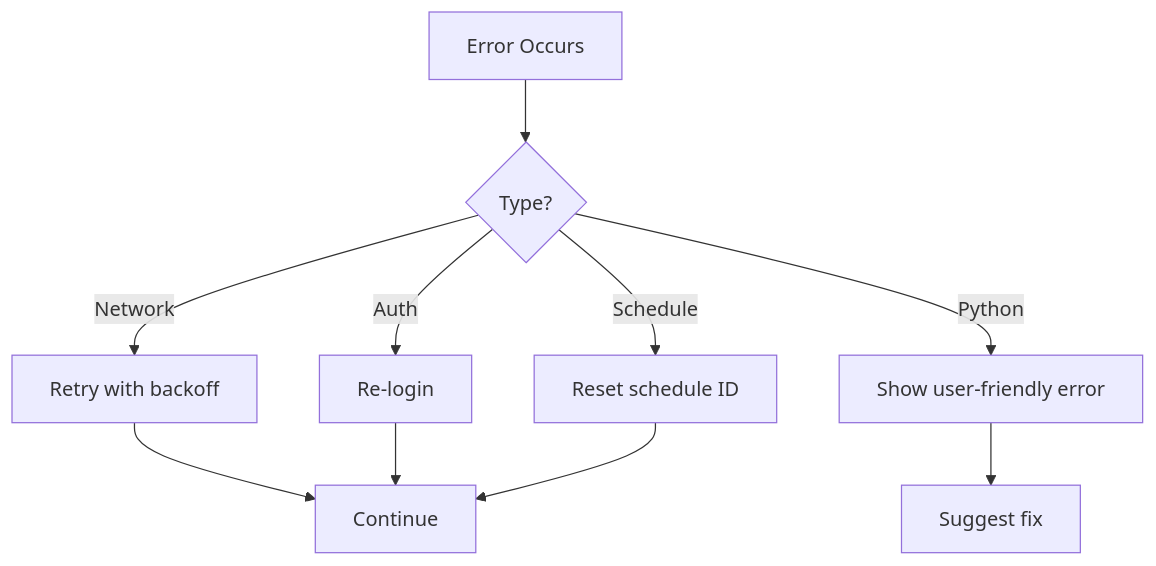
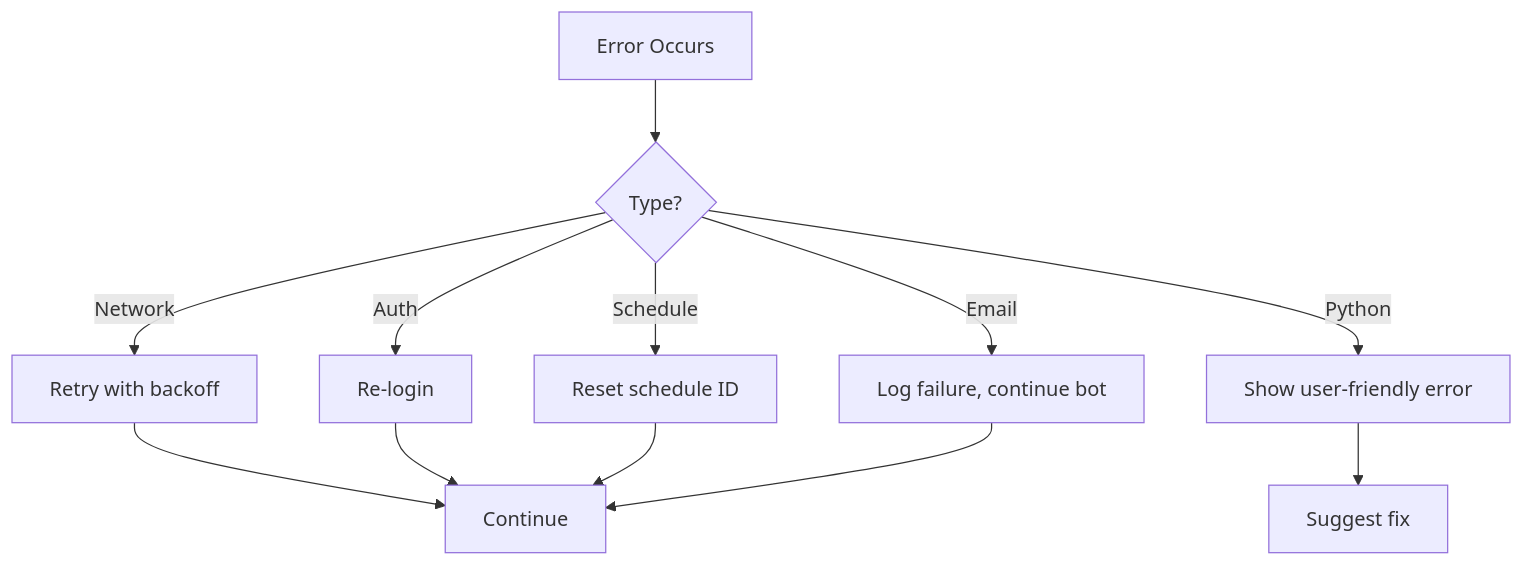
Before and after one commit to jaskaran-online/USA-VISA-Bot: the sixth of 6 diagrams in docs/DOCUMENTATION.md, drawn with Mermaid. The commit also changed other lines of this file and 1 other file, not shown here.

First line of the commit message:
chore: Update bot status and documentation

````diff
--- a/docs/DOCUMENTATION.md
+++ b/docs/DOCUMENTATION.md
@@ -153,12 +196,14 @@
 ```mermaid
 flowchart TD
     A[Error Occurs] --> B{Type?}
     B -->|Network| C[Retry with backoff]
     B -->|Auth| D[Re-login]
     B -->|Schedule| E[Reset schedule ID]
     B -->|Python| F[Show user-friendly error]
-    C --> G[Continue]
-    D --> G
-    E --> G
-    F --> H[Suggest fix]
+    B -->|Email| G[Log failure, continue bot]
+    C --> H[Continue]
+    D --> H
+    E --> H
+    F --> I[Suggest fix]
+    G --> H
 ```
````
